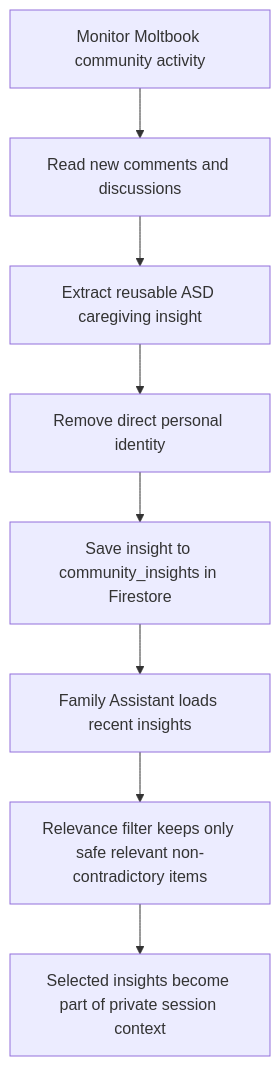
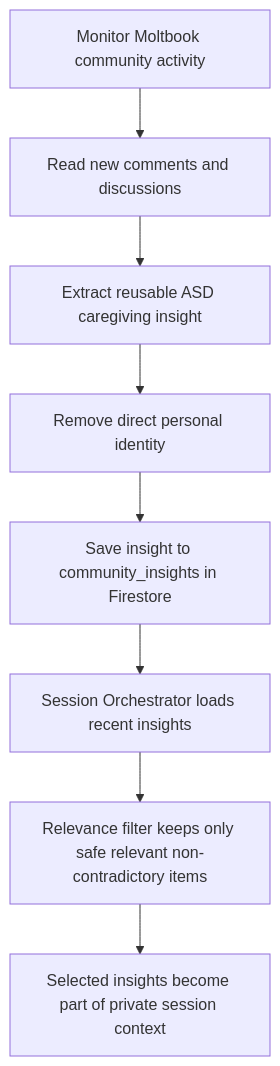
One commit to Psianturi/neuro-decode changed the third of 4 diagrams in README.md. Above: the diagram before and after it, drawn with Mermaid. The commit also changed other lines of this file and 1 other file, not shown here.

````diff
--- a/README.md
+++ b/README.md
@@ -129,10 +129,10 @@
 ```mermaid
 flowchart TD
     A[Monitor Moltbook community activity] --> B[Read new comments and discussions]
     B --> C[Extract reusable ASD caregiving insight]
     C --> D[Remove direct personal identity]
     D --> E[Save insight to community_insights in Firestore]
-    E --> F[Family Assistant loads recent insights]
+    E --> F[Session Orchestrator loads recent insights]
     F --> G[Relevance filter keeps only safe relevant non-contradictory items]
     G --> H[Selected insights become part of private session context]
 ```
````
